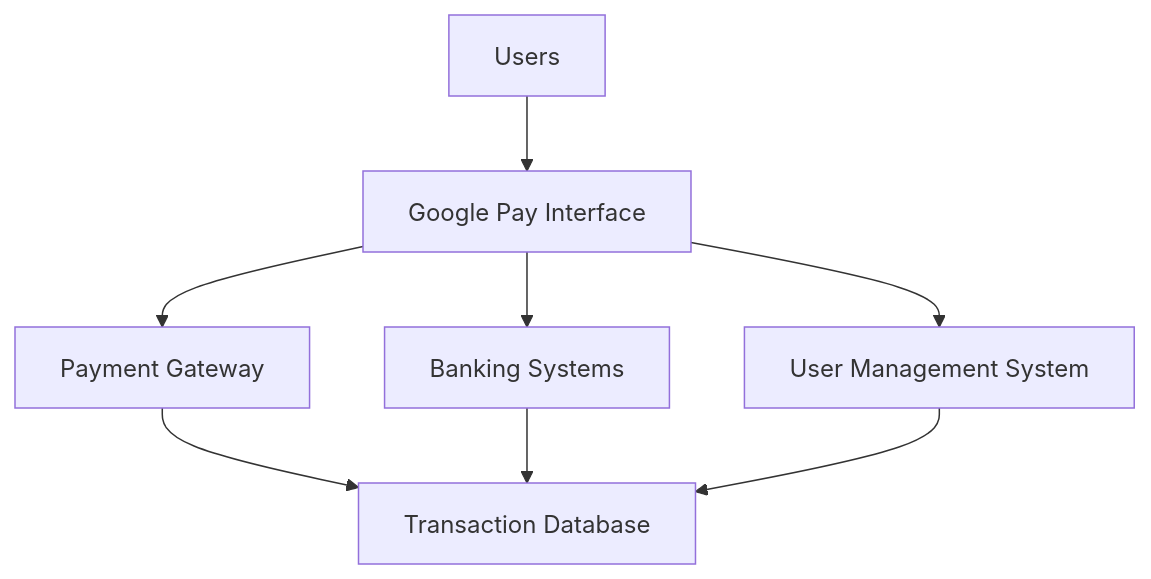
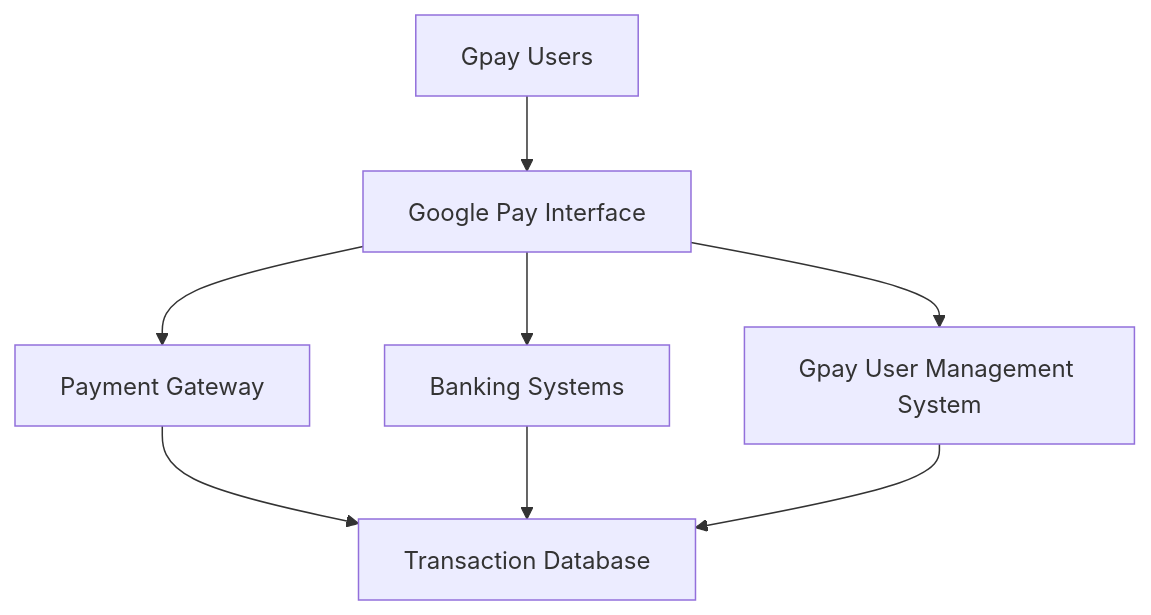
Before and after one commit to IIITLucknowSWEngg/CSAICSBTeam017: the first of 5 diagrams in Assignment/SRS.md, drawn with Mermaid. The commit also changed other lines of this file and 7 other files, not shown here.

Commit message:
user to gpay user

````diff
--- a/Assignment/SRS.md
+++ b/Assignment/SRS.md
@@ -37,10 +37,10 @@
 ```mermaid
 graph TB
-    A[Users] --> B[Google Pay Interface]
+    A[Gpay Users] --> B[Google Pay Interface]
     B --> C[Payment Gateway]
     B --> D[Banking Systems]
-    B --> E[User Management System]
+    B --> E[Gpay User Management System]
     C --> F[Transaction Database]
     D --> F
     E --> F
 ```
````
